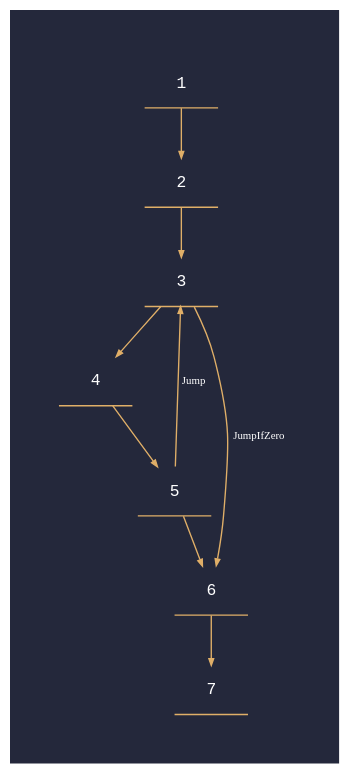
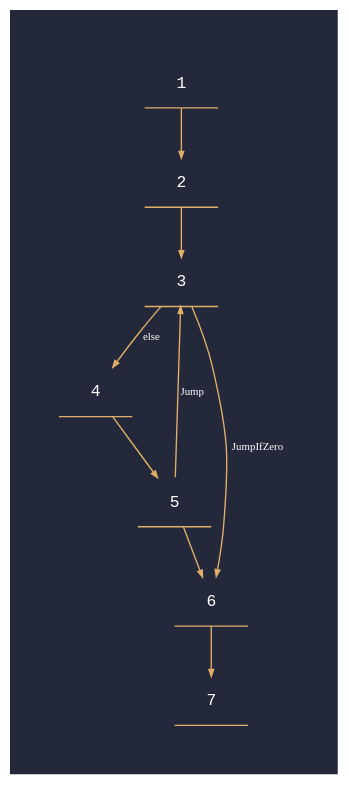
The diagram in programs/dot-files/factorial.cfg.dot (jorgeypcb/ImpCodeGenerator), drawn with Graphviz before and after one commit. The commit also changed 6 other files, not shown here.

```diff
--- a/programs/dot-files/factorial.cfg.dot
+++ b/programs/dot-files/factorial.cfg.dot
@@ -1,19 +1,19 @@
 digraph "factorial.cfg" {
 	graph [bgcolor="#24283B" pad=0.5]
 	node [color="#E0AF68" fontcolor="#ffffff" fontname="Hack, monospace" fontsize=12 shape=underline]
 	edge [arrowsize=0.5 color="#E0AF68" fontcolor="#ffffff" fontsize=8]
 	1
 	2
 	3
 	4
 	5
 	6
 	1 -> 2 [label=""]
 	2 -> 3 [label=""]
-	3 -> 4 [label=""]
+	3 -> 4 [label=else]
 	3 -> 6 [label=JumpIfZero]
 	4 -> 5 [label=""]
 	5 -> 3 [label=Jump]
 	5 -> 6 [label=""]
 	6 -> 7 [label=""]
 }
```
